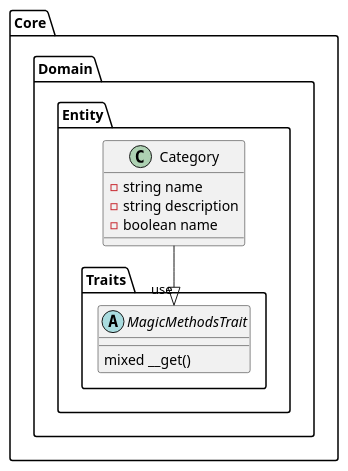
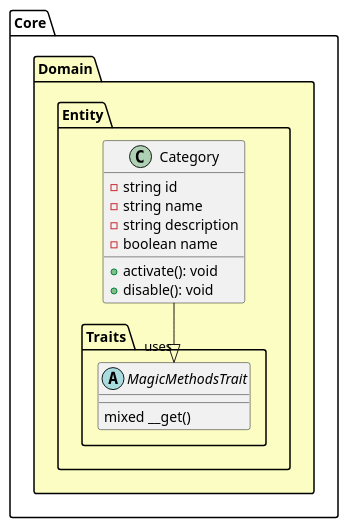
Before and after one commit to TiagOliveiraTI/microservice-video-catalog: the diagram in docs/C4/04-code.puml, drawn with PlantUML. The commit also changed 5 other files, not shown here.

```diff
--- a/docs/C4/04-code.puml
+++ b/docs/C4/04-code.puml
@@ -1,24 +1,29 @@
 @startuml Diagrama de Classe
 
+' cores amarelo #fbfdb8 , vermelho #ffa19c, verde #a3fcb9, azul #a7d7d7
 package "Core" {
-    package "Domain" {
-        package "Entity" {
+    package "Domain" #fbfdb8d9 {
+        package "Entity"{
             ' - private #protected +public ~package private
-            class Category {
-                - string name
-                - string description
-                - boolean name
-            }
 
             package "Traits" {
                 abstract class MagicMethodsTrait {
                     mixed __get()
                 }
             }
+            
+            class Category {
+                - string id
+                - string name
+                - string description
+                - boolean name
+                + {method} activate(): void
+                + {method} disable(): void
+            }
         }
     }
 }
 
-Category --|> "use" MagicMethodsTrait
+Category --|> "uses" MagicMethodsTrait
 
 @enduml
```
